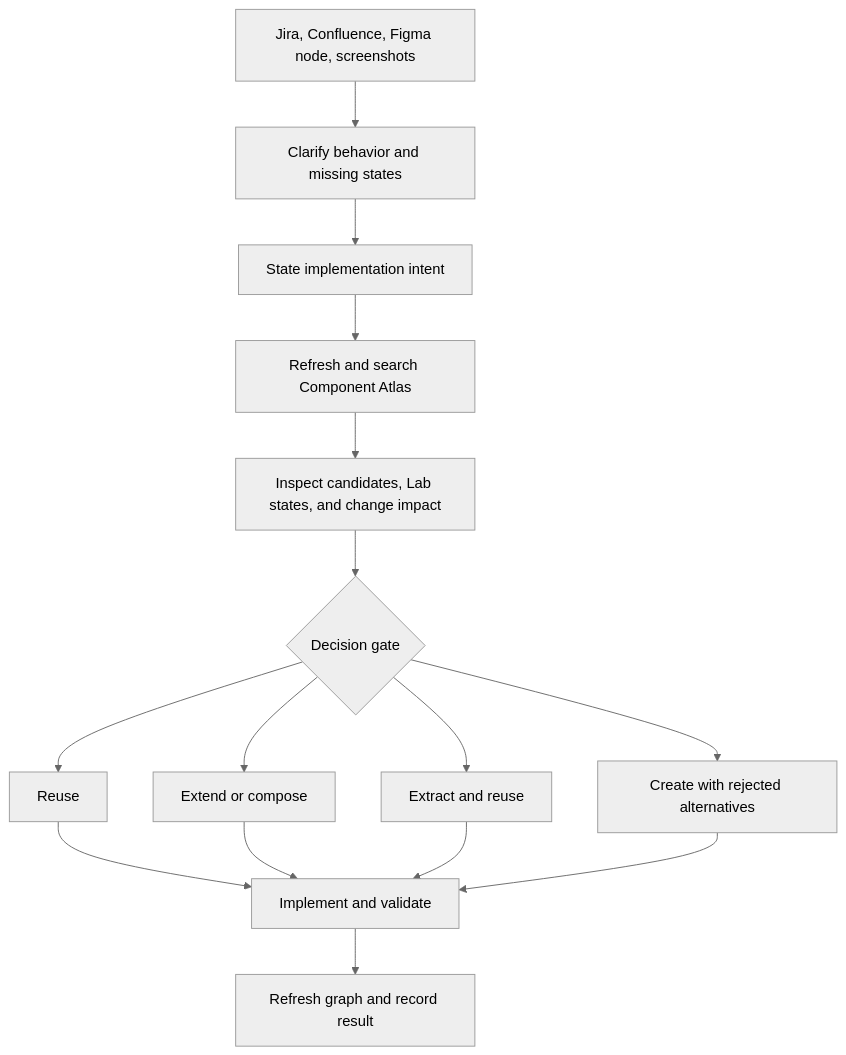
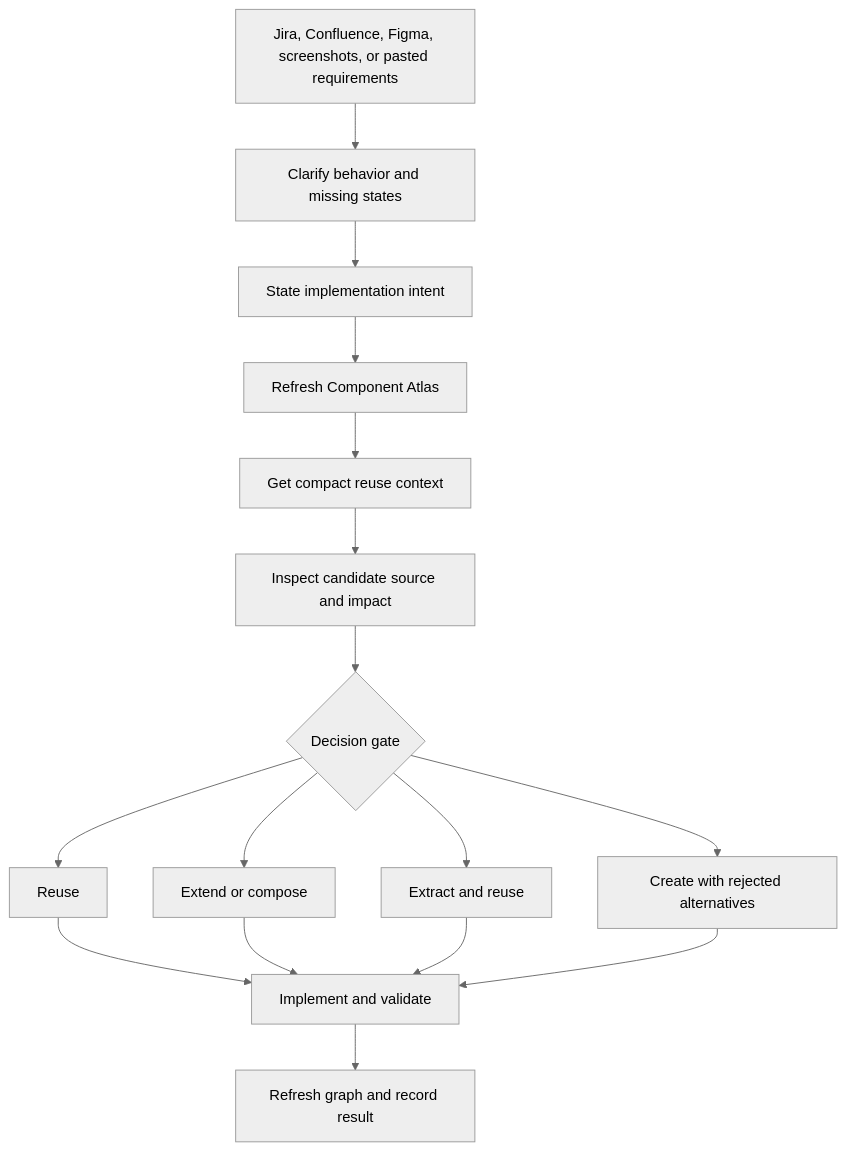
The diagram in docs/workflow.md (jesus-molano/project-atlas), drawn with Mermaid (neutral theme) before and after one commit. The commit also changed other lines of this file and 31 other files, not shown here.

Commit message:
feat: refocus atlas on agent context

````diff
--- a/docs/workflow.md
+++ b/docs/workflow.md
@@ -5,26 +5,23 @@
 ```mermaid
 flowchart TD
-  T[Jira, Confluence, Figma node, screenshots]
+  T[Jira, Confluence, Figma, screenshots, or pasted requirements]
   Q[Clarify behavior and missing states]
   I[State implementation intent]
-  D[Refresh and search Component Atlas]
-  E[Inspect candidates, Lab states, and change impact]
-  C{Decision gate}
+  S[Refresh Component Atlas]
+  C[Get compact reuse context]
+  E[Inspect candidate source and impact]
+  D{Decision gate}
   R[Reuse]
   P[Extend or compose]
   X[Extract and reuse]
   N[Create with rejected alternatives]
   B[Implement and validate]
   U[Refresh graph and record result]
 
-  T --> Q --> I --> D --> E --> C
-  C --> R
-  C --> P
-  C --> X
-  C --> N
-  R --> B
-  P --> B
-  X --> B
-  N --> B
+  T --> Q --> I --> S --> C --> E --> D
+  D --> R --> B
+  D --> P --> B
+  D --> X --> B
+  D --> N --> B
   B --> U
 ```
````
